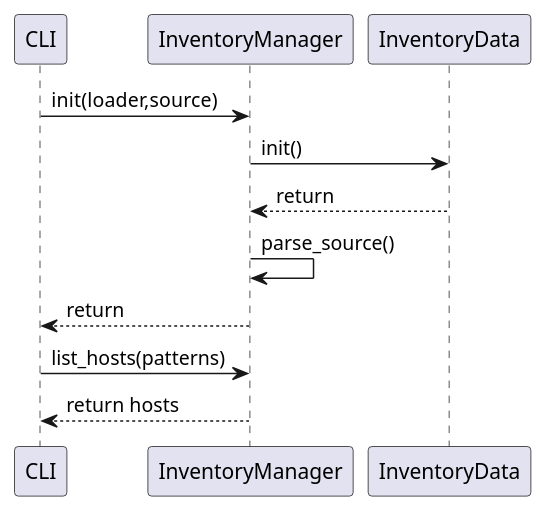
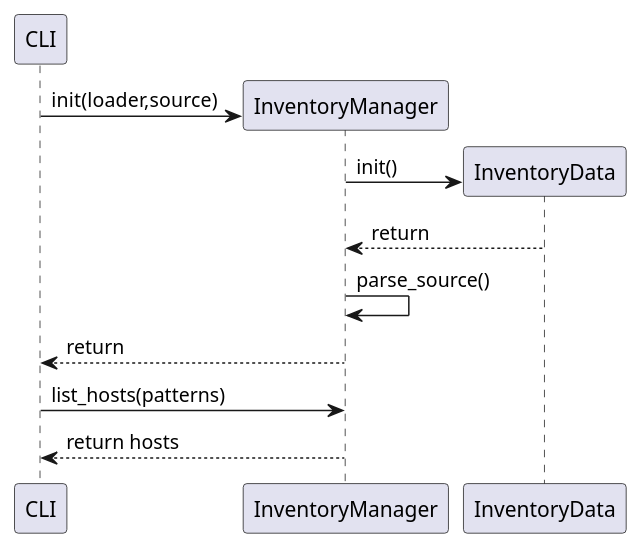
The diagram in project/uml/CLI_Configuration/InventoryManager.puml (ezequiels/nazz), drawn with PlantUML before and after one commit.

Commit message:
Additional diagrams

```diff
--- a/project/uml/CLI_Configuration/InventoryManager.puml
+++ b/project/uml/CLI_Configuration/InventoryManager.puml
@@ -1,10 +1,13 @@
 @startuml
+participant CLI
+create InventoryManager
 CLI -> InventoryManager: init(loader,source)
+create InventoryData
 InventoryManager->InventoryData: init()
 InventoryManager<--InventoryData: return
 InventoryManager->InventoryManager: parse_source()
 CLI <-- InventoryManager: return
 CLI -> InventoryManager: list_hosts(patterns)
 CLI <-- InventoryManager: return hosts
 
 @enduml
```
